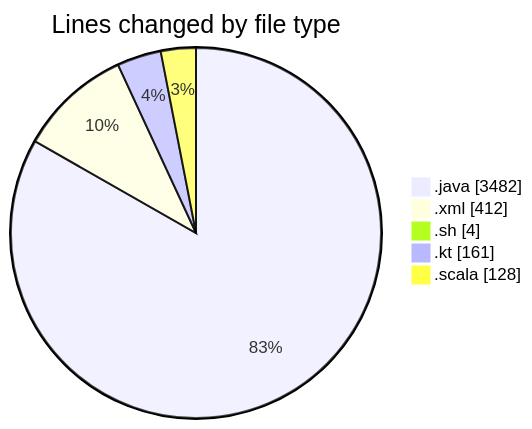
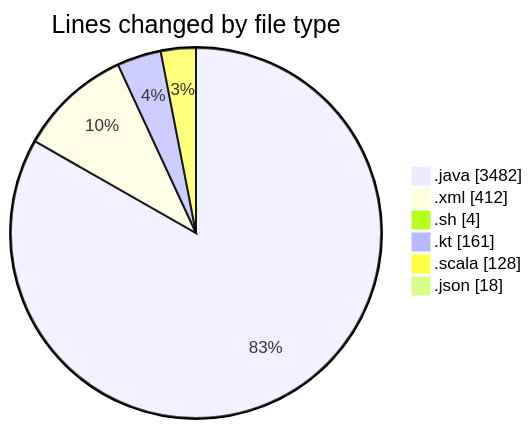
Before and after one commit to charlie-sans/code-tracking: the first of 2 diagrams in 2025-03-09/jmasm/README.md, drawn with Mermaid. The commit also changed other lines of this file and 1 other file, not shown here.

````diff
--- a/2025-03-09/jmasm/README.md
+++ b/2025-03-09/jmasm/README.md
@@ -35,9 +36,10 @@
 ```mermaid
 pie showData
 title Lines changed by file type
 ".java" : 3482
 ".xml" : 412
 ".sh" : 4
 ".kt" : 161
 ".scala" : 128
+".json" : 18
 ```
````
